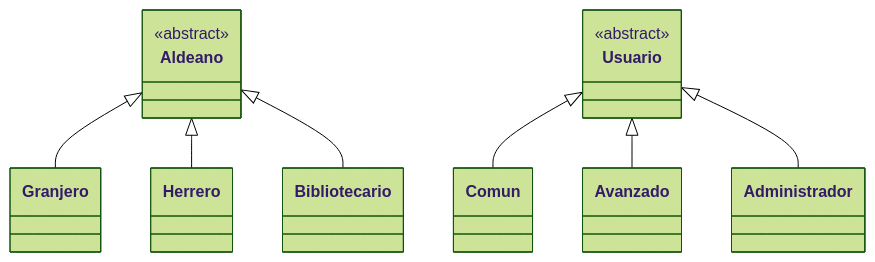
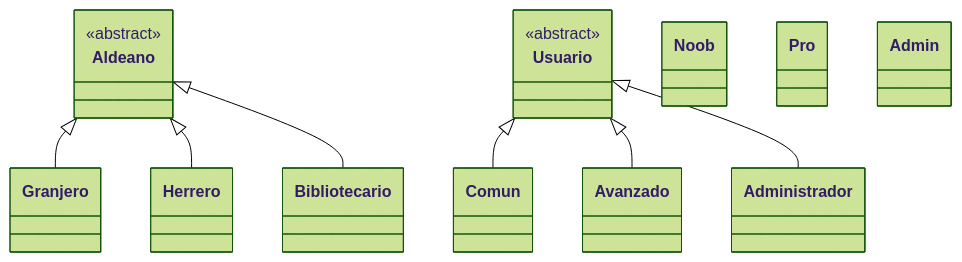
One commit to carlos-moreno1/lab-kotlin1 changed the diagram in README.md. Above: the diagram before and after it, drawn with Mermaid (forest theme). The commit also changed other lines of this file, not shown here.

````diff
--- a/README.md
+++ b/README.md
@@ -18,27 +18,27 @@
 ```mermaid
 classDiagram
 
     class Aldeano {
         <<abstract>>
     }
 
     class Usuario {
         <<abstract>>
     }
 
-    class Comun
-    class Avanzado
-    class Administrador
+    class Noob
+    class Pro
+    class Admin
 
     class Granjero
     class Herrero
     class Bibliotecario
 
     Aldeano <|-- Granjero
     Aldeano <|-- Herrero
     Aldeano <|-- Bibliotecario
 
     Usuario <|-- Comun
     Usuario <|-- Avanzado
     Usuario <|-- Administrador
 ```
````
